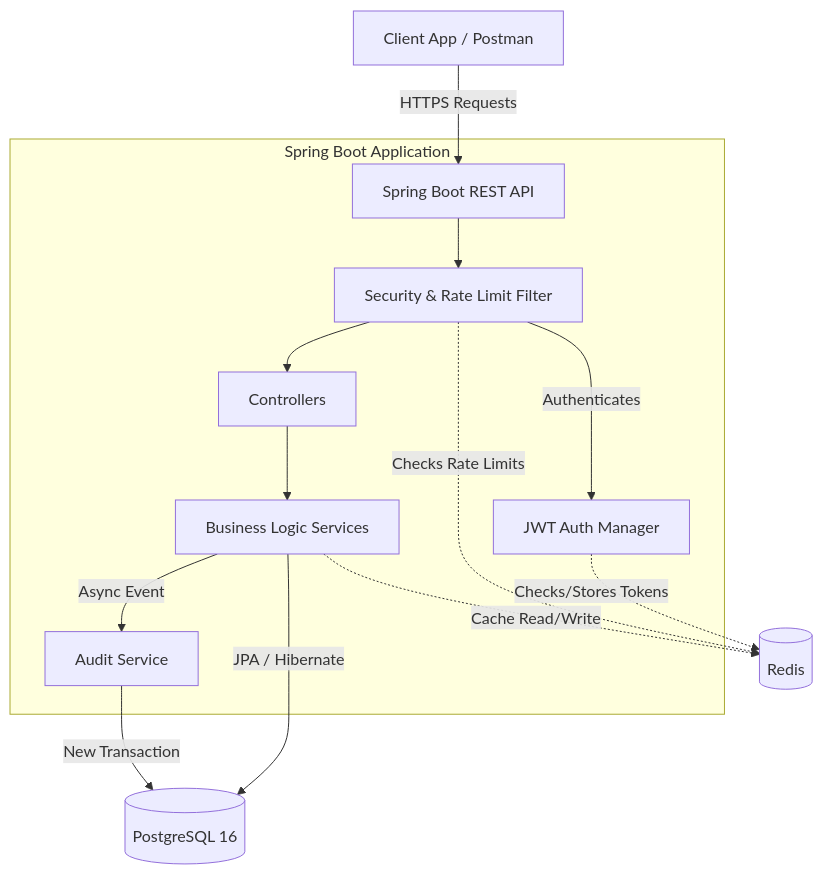
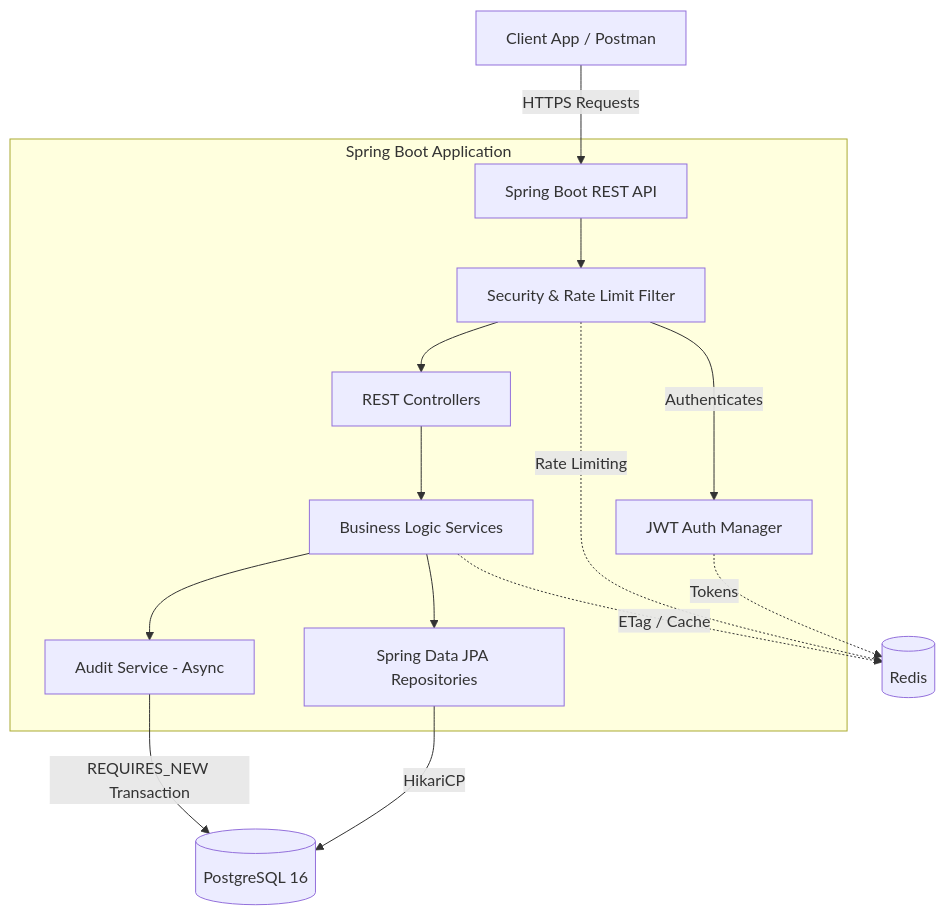
The first of 2 diagrams in README.md (THARUN-RAJ-R/finance-dashboard), drawn with Mermaid before and after one commit. The commit also changed other lines of this file, not shown here.

Commit message:
docs: polish Architecture and ERD diagrams for strict schema accuracy

````diff
--- a/README.md
+++ b/README.md
@@ -31,19 +31,20 @@
 ```mermaid
 graph TD
     Client[Client App / Postman] -->|HTTPS Requests| API[Spring Boot REST API]
     
     subgraph Spring Boot Application
         API --> Filter[Security & Rate Limit Filter]
         Filter -->|Authenticates| Auth[JWT Auth Manager]
-        Filter --> Controller[Controllers]
+        Filter --> Controller[REST Controllers]
         Controller --> Services[Business Logic Services]
-        Services -->|Async Event| Audit[Audit Service]
+        Services --> Audit[Audit Service - Async]
+        Services --> Repos[Spring Data JPA Repositories]
     end
     
-    Auth .->|Checks/Stores Tokens| Redis[(Redis)]
-    Filter .->|Checks Rate Limits| Redis
-    Services .->|Cache Read/Write| Redis
+    Auth .->|Tokens| Redis[(Redis)]
+    Filter .->|Rate Limiting| Redis
+    Services .->|ETag / Cache| Redis
     
-    Services -->|JPA / Hibernate| DB[(PostgreSQL 16)]
-    Audit -->|New Transaction| DB
+    Repos -->|HikariCP| DB[(PostgreSQL 16)]
+    Audit -->|REQUIRES_NEW Transaction| DB
 ```
````
